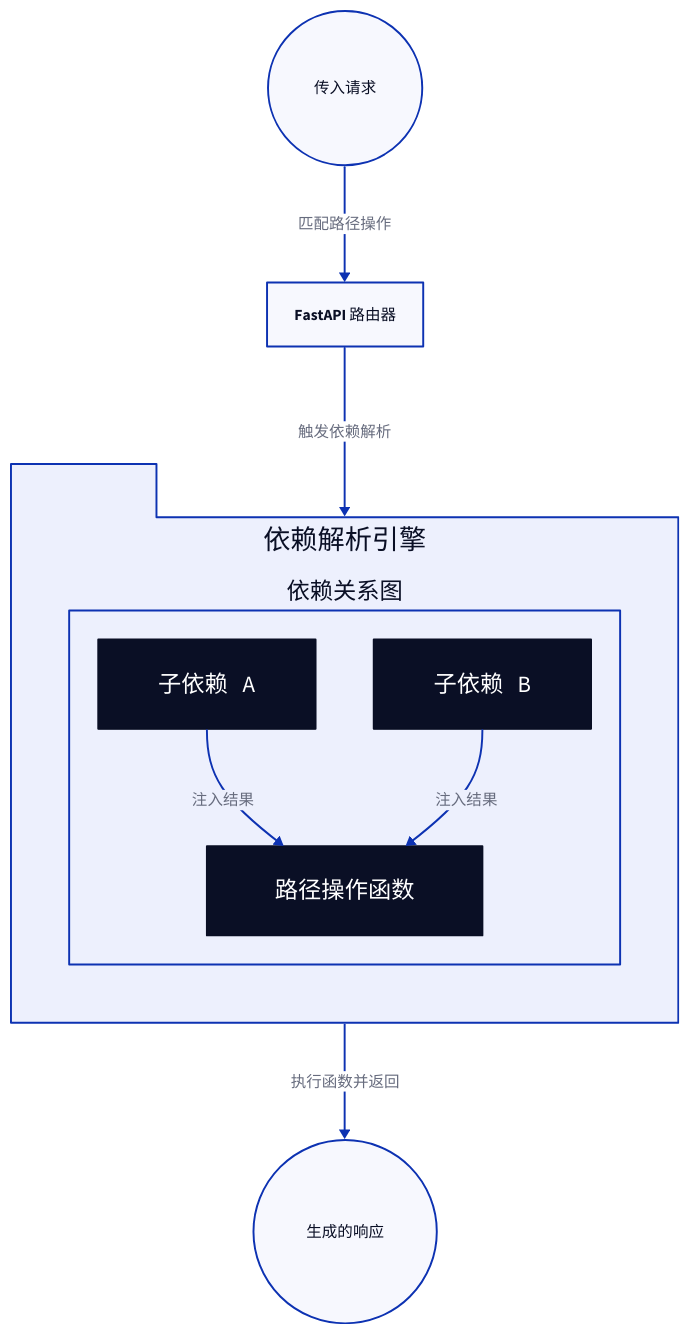
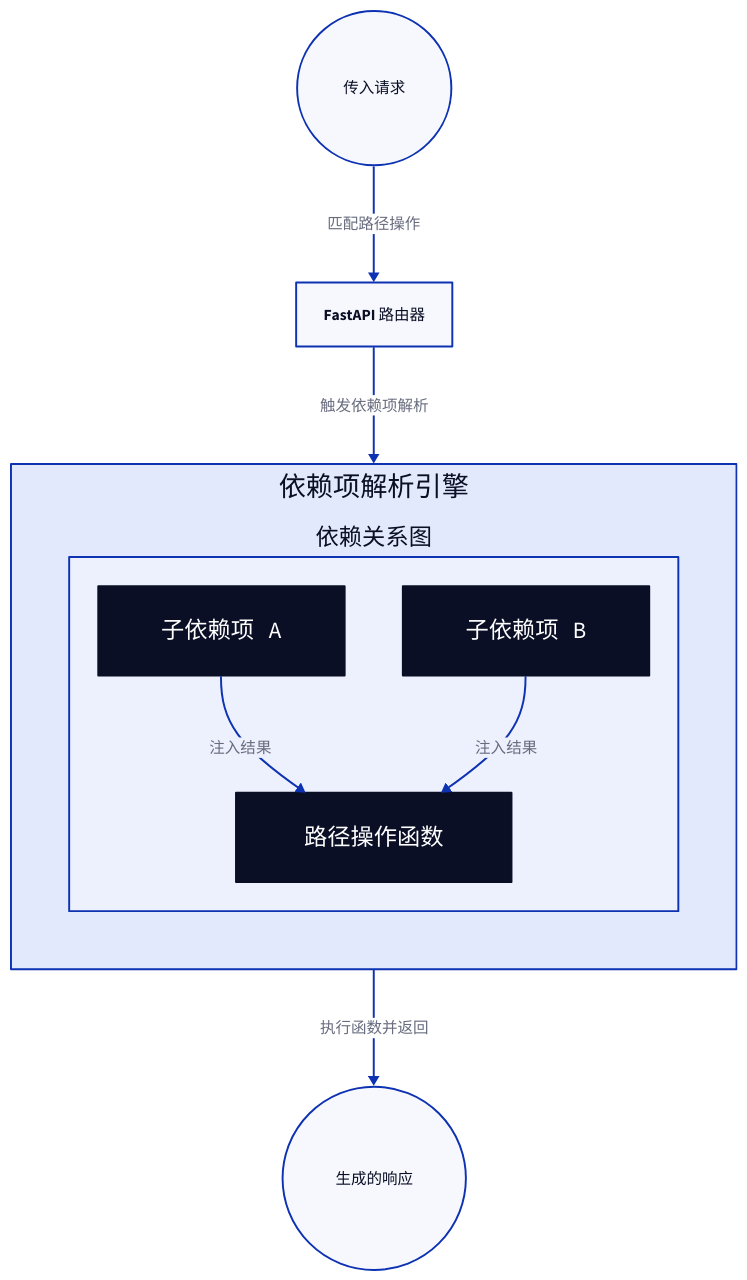
Before and after one commit to lban2049/fastapi: the diagram in .aigne/doc-smith/docs/api-reference-dependencies.zh.md, drawn with D2. The commit also changed other lines of this file and 42 other files, not shown here.

````diff
--- a/.aigne/doc-smith/docs/api-reference-dependencies.zh.md
+++ b/.aigne/doc-smith/docs/api-reference-dependencies.zh.md
@@ -11,50 +11,49 @@
 ```d2
 direction: down
 
-Incoming-Request: { 
+Incoming-Request: {
   label: "传入请求"
-  shape: circle 
+  shape: circle
 }
 
 FastAPI-Router: {
   label: "FastAPI 路由器"
   shape: rectangle
 }
 
 Dependency-Resolution-Engine: {
-  label: "依赖解析引擎"
-  shape: package
+  label: "依赖项解析引擎"
+  shape: rectangle
   grid-columns: 1
 
   Dependant-Graph: {
     label: "依赖关系图"
     shape: rectangle
 
     Sub-Dependency-A: {
-      label: "子依赖 A"
+      label: "子依赖项 A"
       shape: class
     }
     Sub-Dependency-B: {
-      label: "子依赖 B"
+      label: "子依赖项 B"
       shape: class
     }
     Path-Operation-Function: {
       label: "路径操作函数"
       shape: class
     }
 
     Sub-Dependency-A -> Path-Operation-Function: "注入结果"
     Sub-Dependency-B -> Path-Operation-Function: "注入结果"
   }
 }
 
 Generated-Response: {
   label: "生成的响应"
   shape: circle
 }
 
 Incoming-Request -> FastAPI-Router: "匹配路径操作"
-FastAPI-Router -> Dependency-Resolution-Engine: "触发依赖解析"
+FastAPI-Router -> Dependency-Resolution-Engine: "触发依赖项解析"
 Dependency-Resolution-Engine -> Generated-Response: "执行函数并返回"
-
 ```
````
